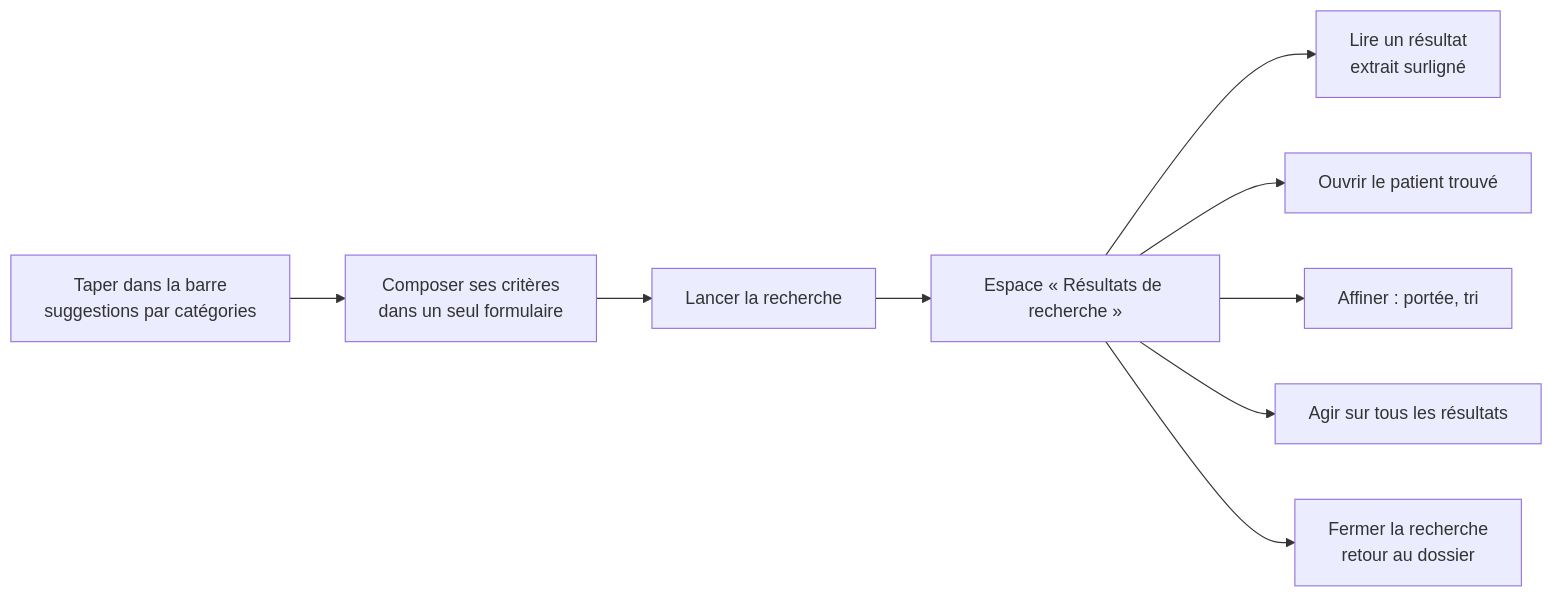
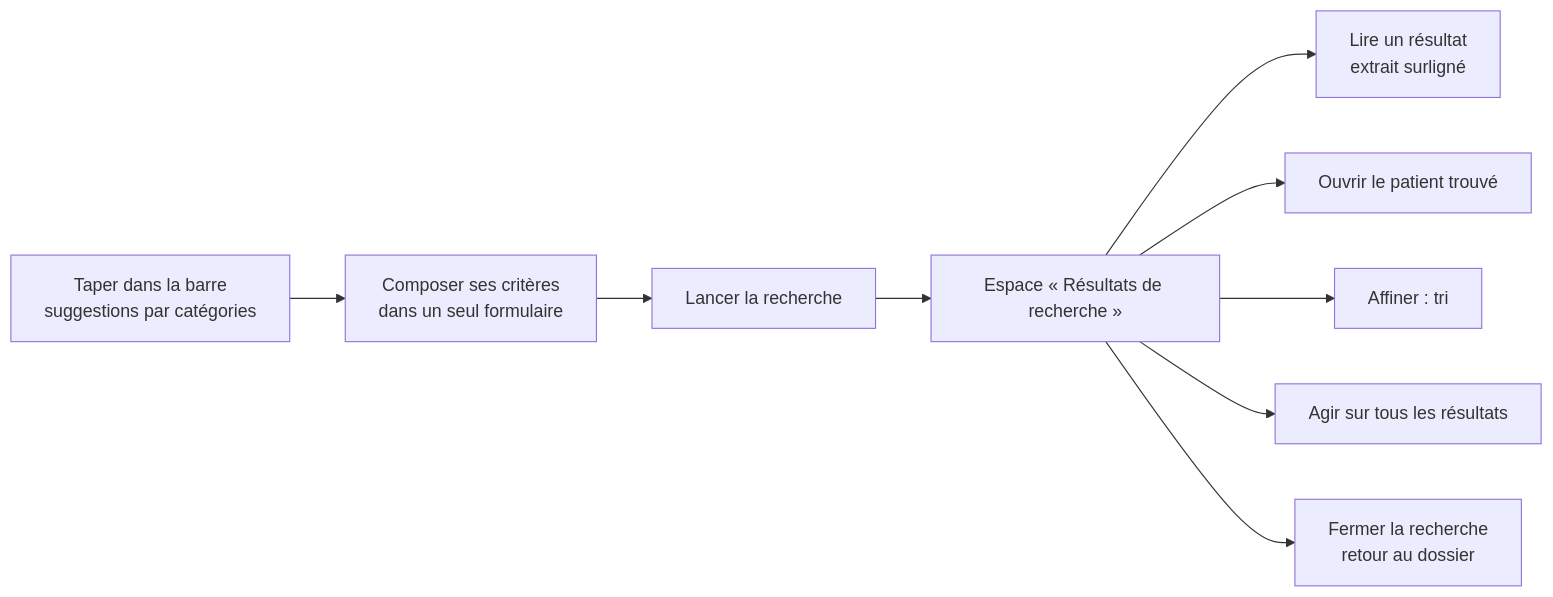
Before and after one commit to codengine-technologies/HealthPlatform.Forge: the diagram in Docs/epics/E023-experience-de-recherche.md, drawn with Mermaid. The commit also changed other lines of this file and 3 other files, not shown here.

````diff
--- a/Docs/epics/E023-experience-de-recherche.md
+++ b/Docs/epics/E023-experience-de-recherche.md
@@ -87,11 +87,11 @@
 ```mermaid
 flowchart LR
     A[Taper dans la barre<br/>suggestions par catégories] --> B[Composer ses critères<br/>dans un seul formulaire]
     B --> C[Lancer la recherche]
     C --> D[Espace « Résultats de recherche »]
     D --> E[Lire un résultat<br/>extrait surligné]
     D --> F[Ouvrir le patient trouvé]
-    D --> G[Affiner : portée, tri]
+    D --> G[Affiner : tri]
     D --> H[Agir sur tous les résultats]
     D --> I[Fermer la recherche<br/>retour au dossier]
 ```
````
